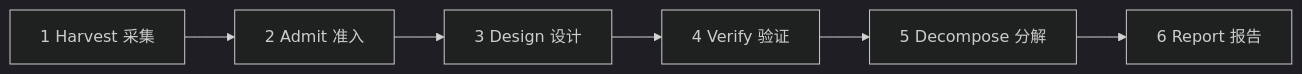
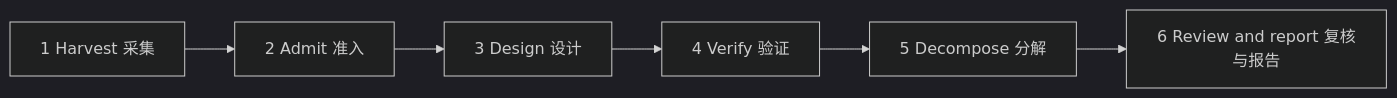
One commit to migaia/sdd-generate changed the first of 4 diagrams in README.zh-CN.md. Above: the diagram before and after it, drawn with Mermaid (dark theme). The commit also changed other lines of this file and 32 other files, not shown here.

````diff
--- a/README.zh-CN.md
+++ b/README.zh-CN.md
@@ -146,4 +146,4 @@
 ```mermaid
 flowchart LR
-  H[1 Harvest 采集] --> A[2 Admit 准入] --> D[3 Design 设计] --> V[4 Verify 验证] --> C[5 Decompose 分解] --> R[6 Report 报告]
+  H[1 Harvest 采集] --> A[2 Admit 准入] --> D[3 Design 设计] --> V[4 Verify 验证] --> C[5 Decompose 分解] --> R[6 Review and report 复核与报告]
 ```
````
